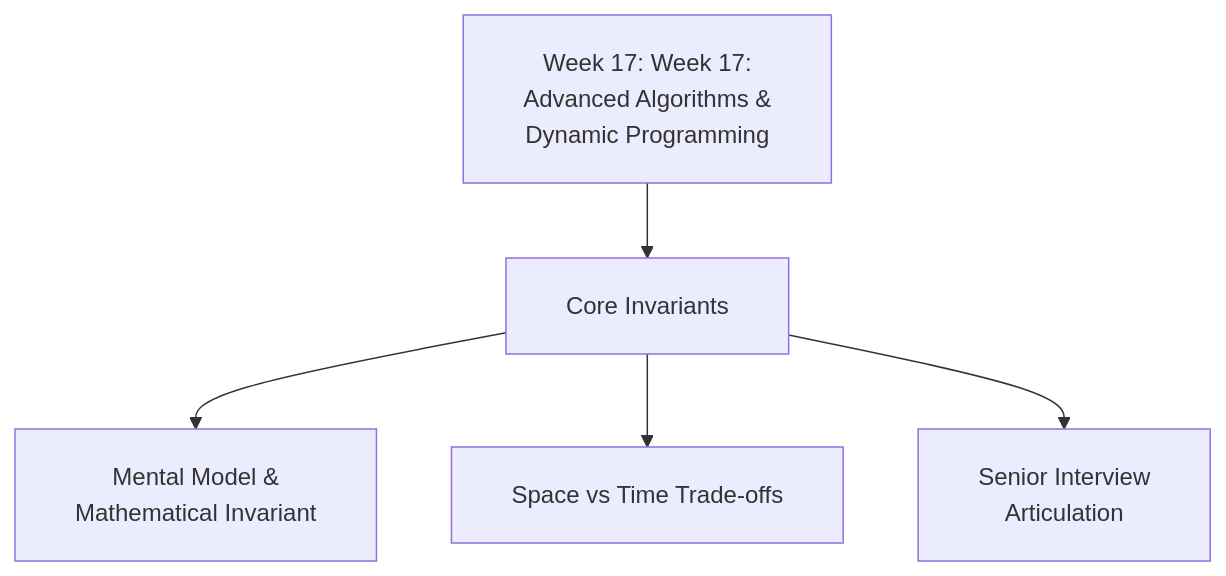
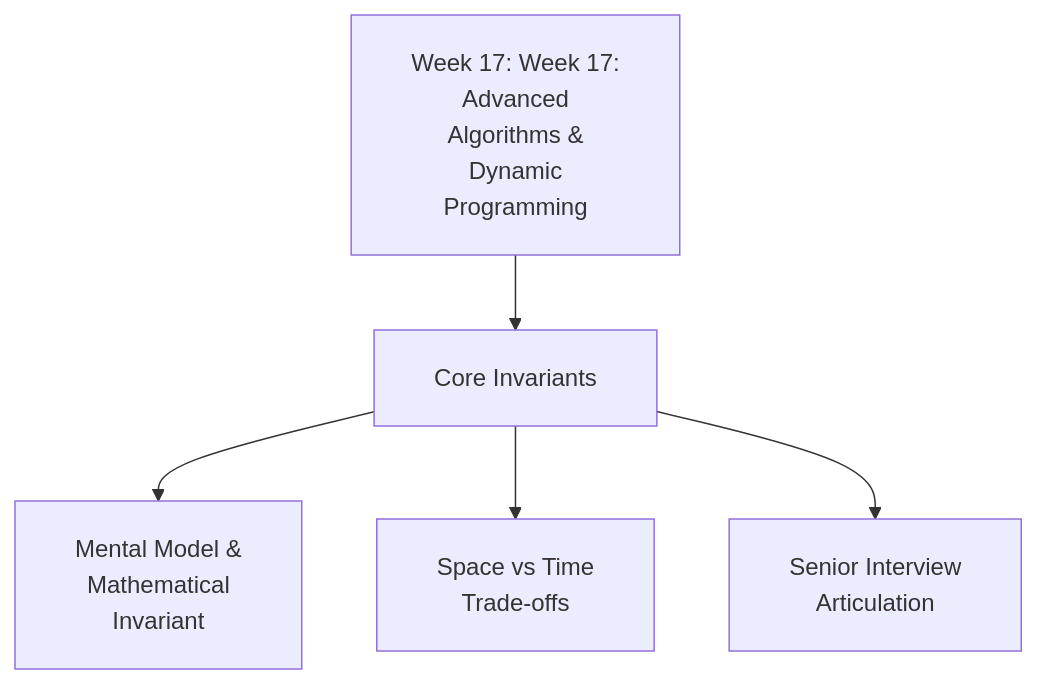
One commit to dip4k/DSA_102 changed the diagram in week_17_advanced_graphs_hld_fft/WEEK_17_FULL_PLAYBOOK.md. Above: the diagram before and after it, drawn with Mermaid. The commit also changed 106 other files, not shown here.

First line of the commit message:
fix(mermaid): prevent text clipping with foreignObject overflow and tighter line wrapping

````diff
--- a/week_17_advanced_graphs_hld_fft/WEEK_17_FULL_PLAYBOOK.md
+++ b/week_17_advanced_graphs_hld_fft/WEEK_17_FULL_PLAYBOOK.md
@@ -13,8 +13,8 @@
 ```mermaid
-%%{init: {"flowchart": {"htmlLabels": true, "padding": 20}}}%%
+%%{init: {"flowchart": {"htmlLabels": true, "padding": 20}, "themeCSS": "foreignObject { overflow: visible !important; }"}}%%
 flowchart TD
-    W["Week 17: Week 17:<br/>Advanced Algorithms &<br/>Dynamic Programming"] --> Core["Core Invariants"]
-    Core --> P1["Mental Model &<br/>Mathematical Invariant"]
-    Core --> P2["Space vs Time Trade-offs"]
+    W["Week 17: Week 17:<br/>Advanced<br/>Algorithms &<br/>Dynamic<br/>Programming"] --> Core["Core Invariants"]
+    Core --> P1["Mental Model &<br/>Mathematical<br/>Invariant"]
+    Core --> P2["Space vs Time<br/>Trade-offs"]
     Core --> P3["Senior Interview<br/>Articulation"]
 ```
````
